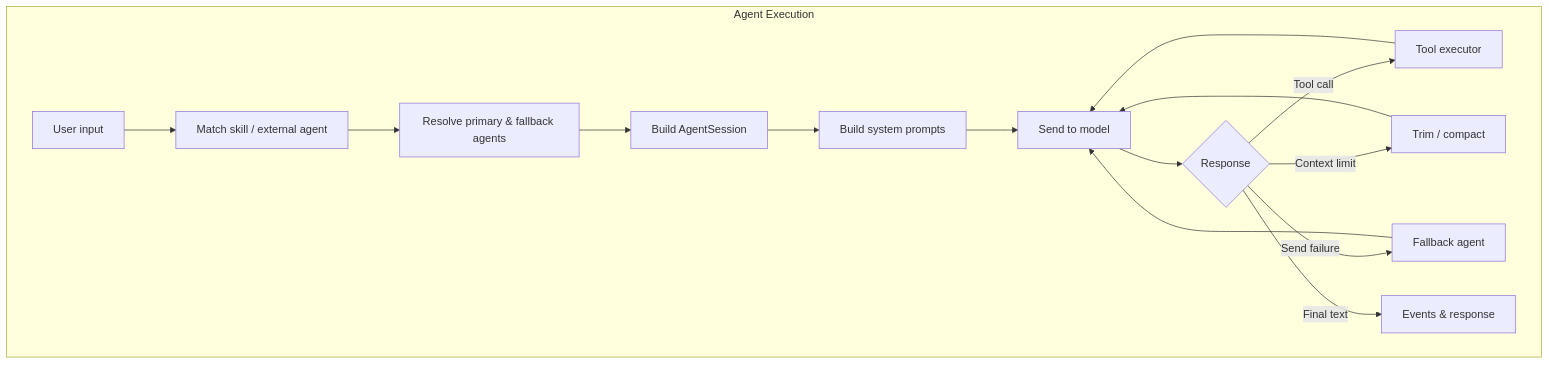
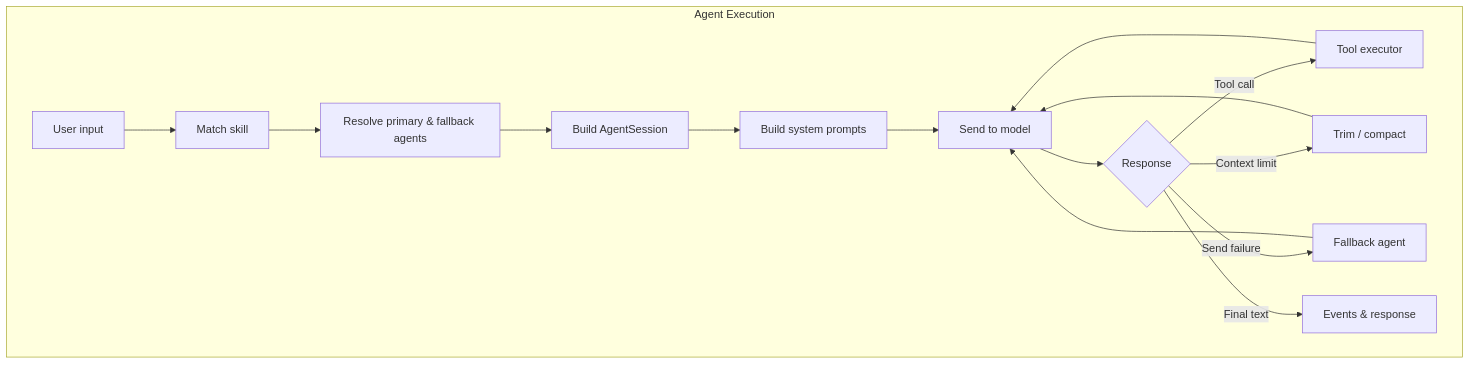
One commit to agenvoy/Agenvoy changed the fourth of 10 diagrams in doc/architecture.md. Above: the diagram before and after it, drawn with Mermaid. The commit also changed other lines of this file and 25 other files, not shown here.

Commit message:
breaking: Remove external agent CLI invocation and related review tools

````diff
--- a/doc/architecture.md
+++ b/doc/architecture.md
@@ -71,18 +71,18 @@
 ```mermaid
 graph TB
     subgraph Execution[Agent Execution]
-        Input[User input] --> Match[Match skill / external agent]
+        Input[User input] --> Match[Match skill]
         Match --> Resolve[Resolve primary & fallback agents]
         Resolve --> Session[Build AgentSession]
         Session --> Prompt[Build system prompts]
         Prompt --> Send[Send to model]
         Send --> Response{Response}
         Response -->|Tool call| ToolExec[Tool executor]
         ToolExec --> Send
         Response -->|Context limit| Trim[Trim / compact]
         Trim --> Send
         Response -->|Send failure| Fallback[Fallback agent]
         Fallback --> Send
         Response -->|Final text| Output[Events & response]
     end
 ```
````
